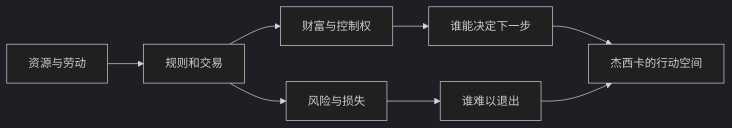
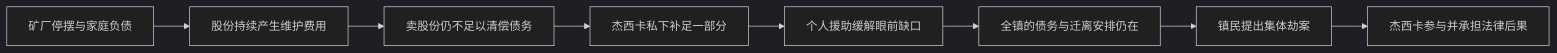
One commit to unendev/unendev.github.io changed the diagram in _posts/2026-10-25-不义之财-在阶层和善意之间看涤火杰西卡的选择.md. Above: the diagram before and after it, drawn with Mermaid (dark theme). The commit also changed other lines of this file and 19 other files, not shown here.

````diff
--- a/_posts/2026-10-25-不义之财-在阶层和善意之间看涤火杰西卡的选择.md
+++ b/_posts/2026-10-25-不义之财-在阶层和善意之间看涤火杰西卡的选择.md
@@ -42,10 +138,10 @@
 ```mermaid
 flowchart LR
-  A[资源与劳动] --> B[规则和交易]
-  B --> C[财富与控制权]
-  B --> D[风险与损失]
-  C --> E[谁能决定下一步]
-  D --> F[谁难以退出]
-  E --> G[杰西卡的行动空间]
-  F --> G
+    A[矿厂停摆与家庭负债] --> B[股份持续产生维护费用]
+    B --> C[卖股份仍不足以清偿债务]
+    C --> D[杰西卡私下补足一部分]
+    D --> E[个人援助缓解眼前缺口]
+    E --> F[全镇的债务与迁离安排仍在]
+    F --> G[镇民提出集体劫案]
+    G --> H[杰西卡参与并承担法律后果]
 ```
````
